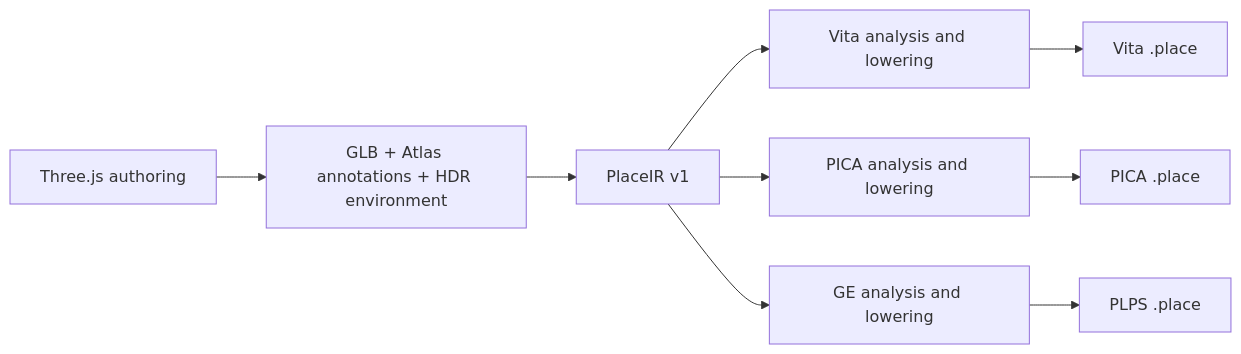
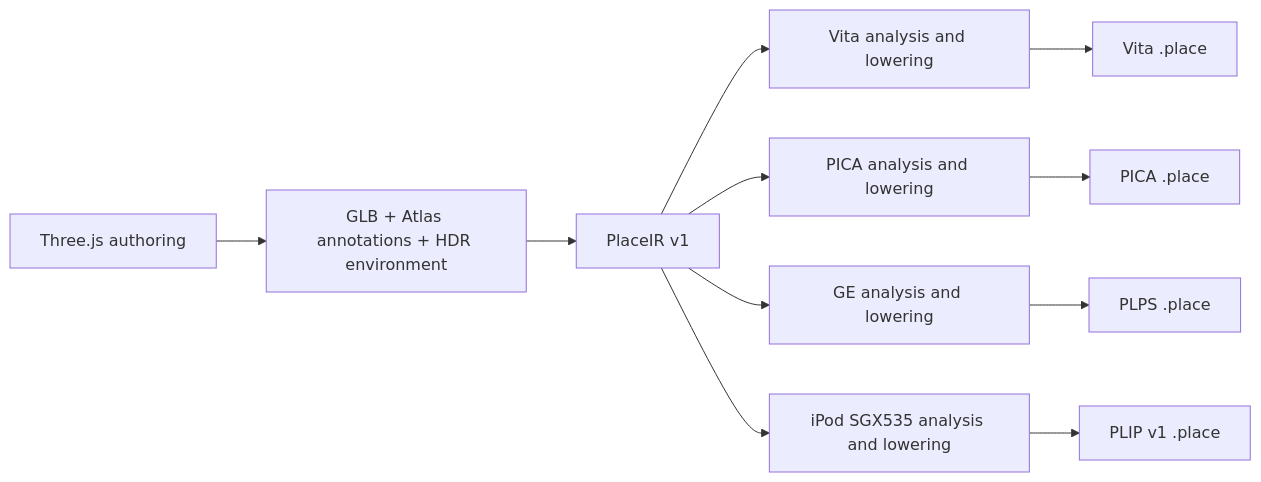
The diagram in docs/COMPILER.md (pocket-nexus/pocket-atlas), drawn with Mermaid before and after one commit. The commit also changed other lines of this file and 68 other files, not shown here.

Commit message:
perf(ipod): lower PlaceIR for native SGX rendering at 480x320

````diff
--- a/docs/COMPILER.md
+++ b/docs/COMPILER.md
@@ -10,11 +10,13 @@
 ```mermaid
 flowchart LR
   Web[Three.js authoring] --> Export[GLB + Atlas annotations + HDR environment]
   Export --> IR[PlaceIR v1]
   IR --> Vita[Vita analysis and lowering]
   IR --> Pica[PICA analysis and lowering]
   IR --> GE[GE analysis and lowering]
+  IR --> IP[iPod SGX535 analysis and lowering]
   Vita --> VP[Vita .place]
   Pica --> PP[PICA .place]
   GE --> GP[PLPS .place]
+  IP --> IGP[PLIP v1 .place]
 ```
````
